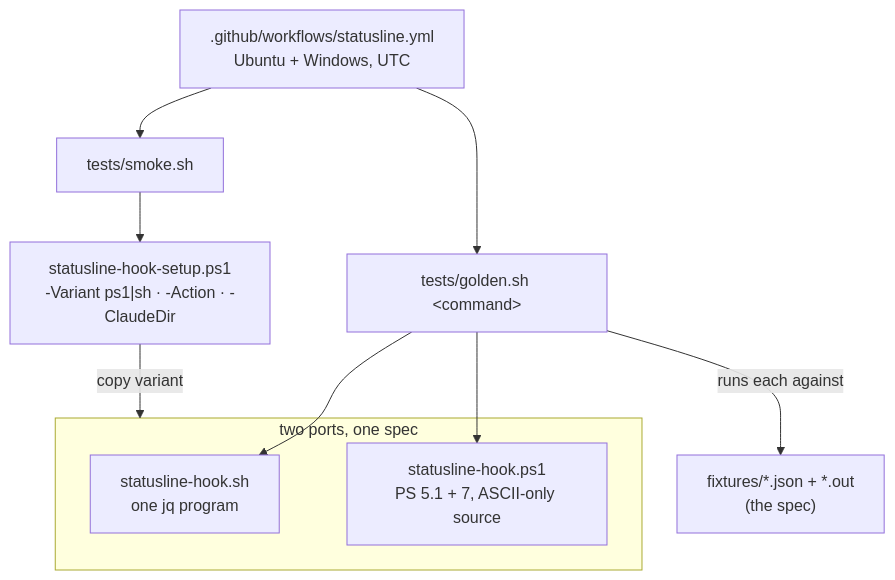
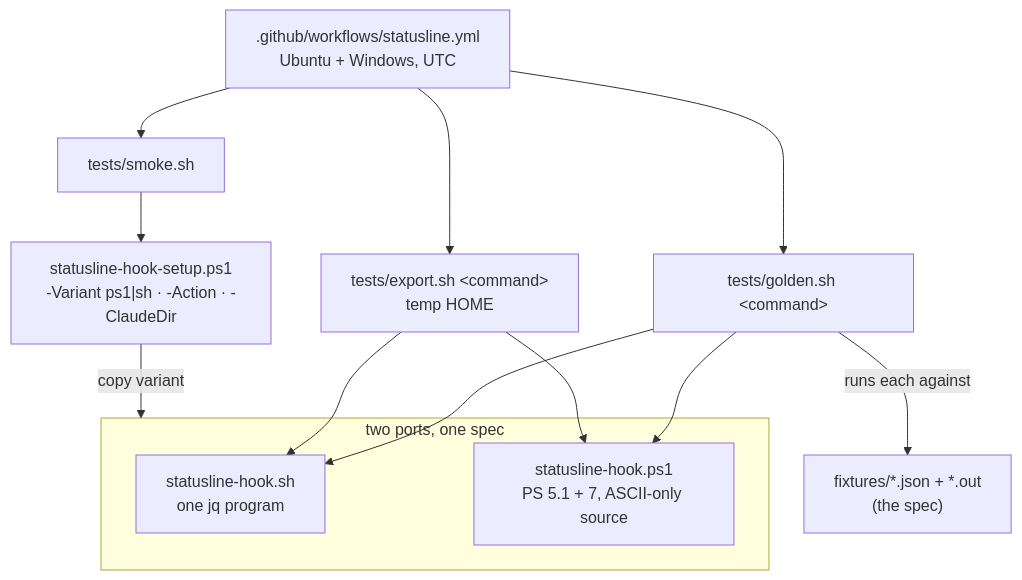
One commit to cheneeheng/claude-code-command-center changed the second of 3 diagrams in tools/statusline-hook/product/ARCHITECTURE.md. Above: the diagram before and after it, drawn with Mermaid. The commit also changed other lines of this file and 13 other files, not shown here.

````diff
--- a/tools/statusline-hook/product/ARCHITECTURE.md
+++ b/tools/statusline-hook/product/ARCHITECTURE.md
@@ -19,20 +22,24 @@
 ```mermaid
 flowchart TD
     subgraph ports["two ports, one spec"]
         sh["statusline-hook.sh<br/>one jq program"]
         ps["statusline-hook.ps1<br/>PS 5.1 + 7, ASCII-only source"]
     end
     fixtures["fixtures/*.json + *.out<br/>(the spec)"]
     golden["tests/golden.sh &lt;command&gt;"]
     smoke["tests/smoke.sh"]
+    export["tests/export.sh &lt;command&gt;<br/>temp HOME"]
     setup["statusline-hook-setup.ps1<br/>-Variant ps1|sh · -Action · -ClaudeDir"]
     ci[".github/workflows/statusline.yml<br/>Ubuntu + Windows, UTC"]
 
     golden -->|"runs each against"| fixtures
     golden --> sh
     golden --> ps
+    export --> sh
+    export --> ps
     smoke --> setup
     setup -->|copy variant| ports
     ci --> golden
+    ci --> export
     ci --> smoke
 ```
````
